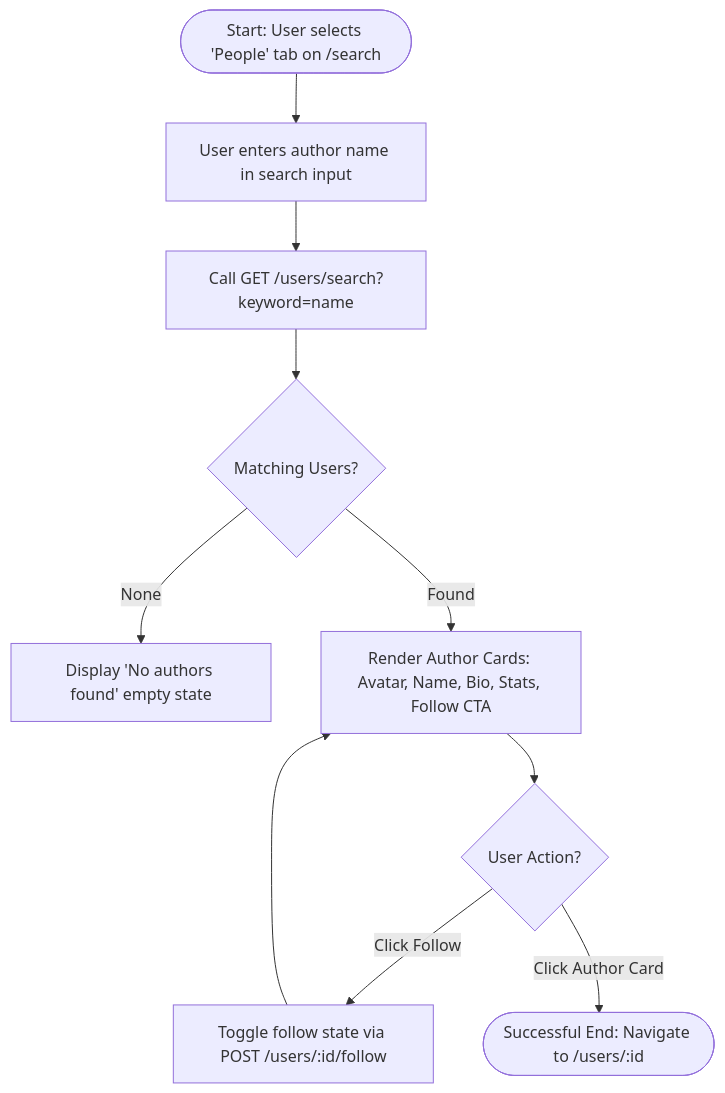
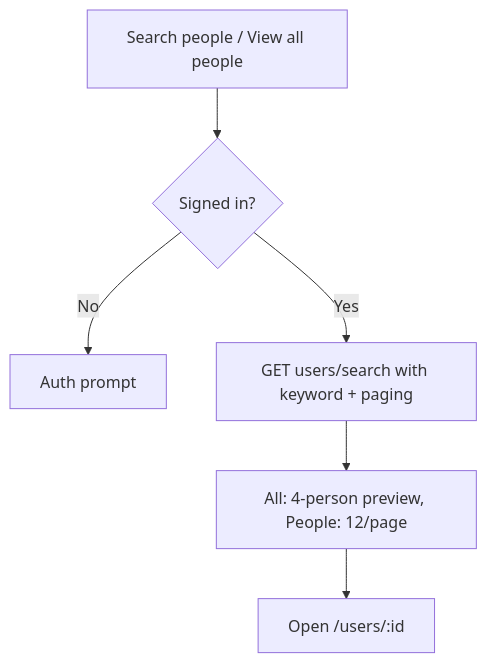
One commit to NguyenQuocTrong-bonmat/frontend-VeganHelperSystem changed diagram 11 of 56 in Design.MD. Above: the diagram before and after it, drawn with Mermaid. The commit also changed other lines of this file, not shown here.

Commit message:
docs: align design diagrams with current workflows

````diff
--- a/Design.MD
+++ b/Design.MD
@@ -1123,11 +495,8 @@
 ```mermaid
 flowchart TD
-    A([Start: User selects 'People' tab on /search]) --> B[User enters author name in search input]
-    B --> C[Call GET /users/search?keyword=name]
-    C --> D{Matching Users?}
-    D -->|None| E[Display 'No authors found' empty state]
-    D -->|Found| F[Render Author Cards: Avatar, Name, Bio, Stats, Follow CTA]
-    F --> G{User Action?}
-    G -->|Click Follow| H[Toggle follow state via POST /users/:id/follow] --> F
-    G -->|Click Author Card| I([Successful End: Navigate to /users/:id])
+    A["Search people / View all people"] --> B{"Signed in?"}
+    B -->|No| C["Auth prompt"]
+    B -->|Yes| D["GET users/search with keyword + paging"]
+    D --> E["All: 4-person preview, People: 12/page"]
+    E --> F["Open /users/:id"]
 ```
````
